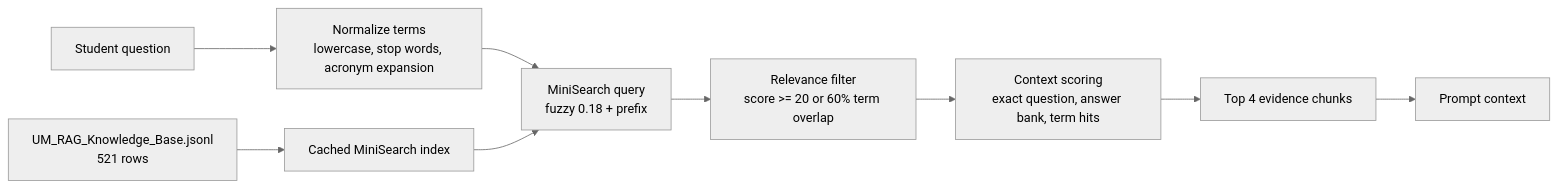
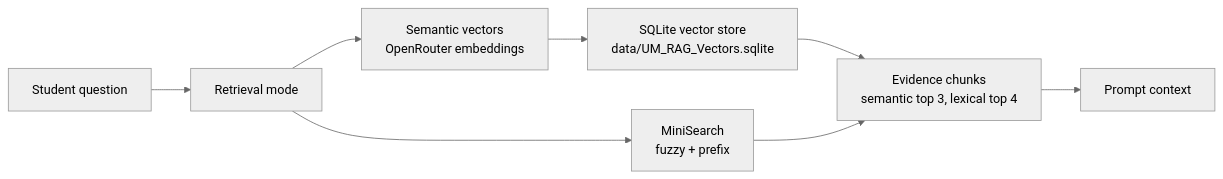
Before and after one commit to nfdlh/tensor-talk: the diagram in docs/rag.md, drawn with Mermaid (neutral theme). The commit also changed other lines of this file and 24 other files, not shown here.

Commit message:
feat: add semantic vector retrieval mode

````diff
--- a/docs/rag.md
+++ b/docs/rag.md
@@ -15,18 +13,15 @@
 ```mermaid
 flowchart LR
   Question["Student question"]
-  Terms["Normalize terms<br/>lowercase, stop words, acronym expansion"]
-  Search["MiniSearch query<br/>fuzzy 0.18 + prefix"]
-  Filter["Relevance filter<br/>score >= 20 or 60% term overlap"]
-  Score["Context scoring<br/>exact question, answer bank, term hits"]
-  Evidence["Top 4 evidence chunks"]
+  Mode["Retrieval mode"]
+  Semantic["Semantic vectors<br/>OpenRouter embeddings"]
+  SQLite["SQLite vector store<br/>data/UM_RAG_Vectors.sqlite"]
+  Lexical["MiniSearch<br/>fuzzy + prefix"]
+  Evidence["Evidence chunks<br/>semantic top 3, lexical top 4"]
   Prompt["Prompt context"]
 
-  KB["UM_RAG_Knowledge_Base.jsonl<br/>521 rows"]
-  Index["Cached MiniSearch index"]
-
-  KB --> Index
-  Question --> Terms --> Search
-  Index --> Search
-  Search --> Filter --> Score --> Evidence --> Prompt
+  Question --> Mode
+  Mode --> Semantic --> SQLite --> Evidence
+  Mode --> Lexical --> Evidence
+  Evidence --> Prompt
 ```
````
